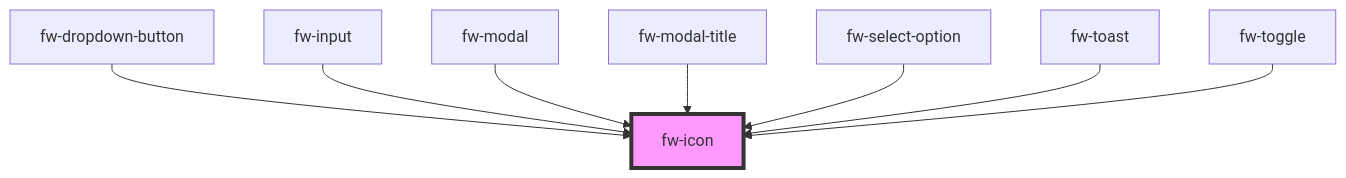
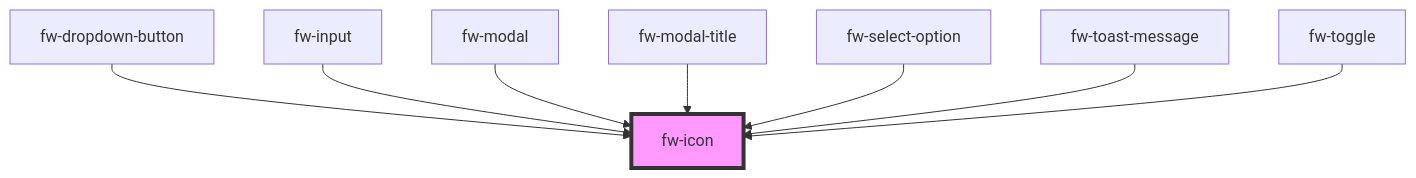
The diagram in packages/crayons-core/src/components/icon/readme.md (freshworks/crayons), drawn with Mermaid before and after one commit. The commit also changed other lines of this file and 20 other files, not shown here.

````diff
--- a/packages/crayons-core/src/components/icon/readme.md
+++ b/packages/crayons-core/src/components/icon/readme.md
@@ -70,11 +70,11 @@
 ```mermaid
 graph TD;
   fw-dropdown-button --> fw-icon
   fw-input --> fw-icon
   fw-modal --> fw-icon
   fw-modal-title --> fw-icon
   fw-select-option --> fw-icon
-  fw-toast --> fw-icon
+  fw-toast-message --> fw-icon
   fw-toggle --> fw-icon
   style fw-icon fill:#f9f,stroke:#333,stroke-width:4px
 ```
````
